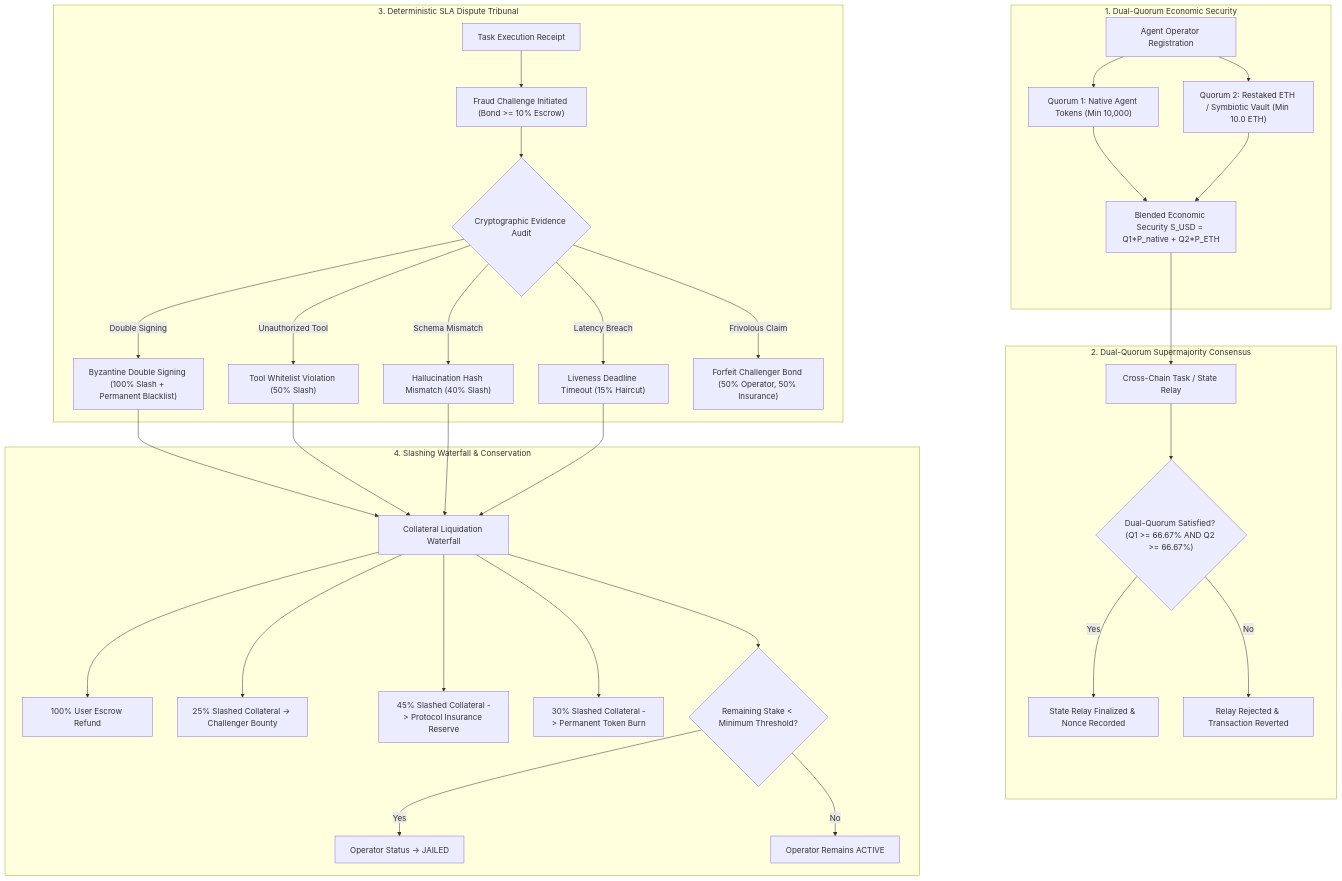
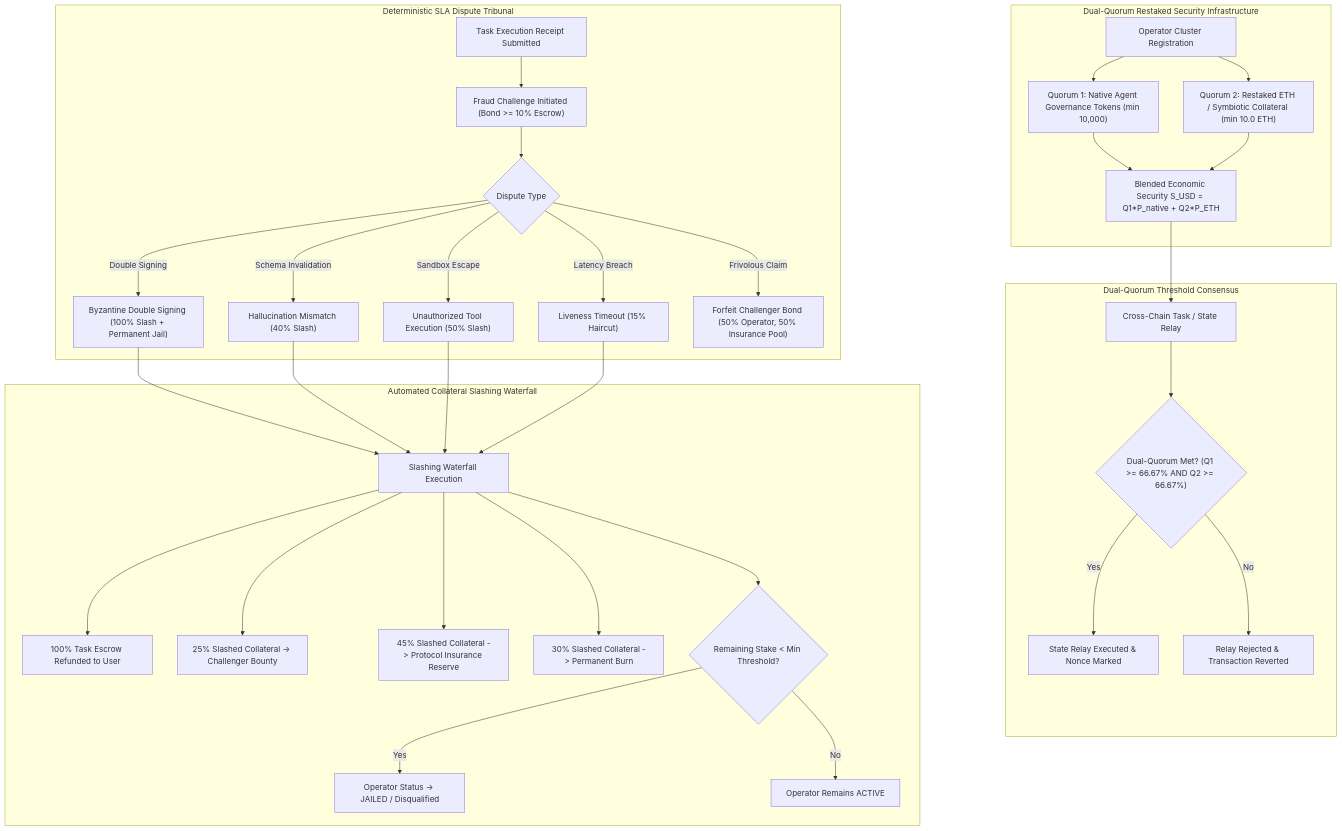
One commit to devsoniclk/agent-restaking-avs changed the diagram in README.md. Above: the diagram before and after it, drawn with Mermaid. The commit also changed other lines of this file and 11 other files, not shown here.

First line of the commit message:
feat(core): Expand verification suite, reference architecture, and documentation to v0.1.1

````diff
--- a/README.md
+++ b/README.md
@@ -27,40 +18,40 @@
 ```mermaid
 flowchart TD
-    subgraph StakingLayer ["1. Dual-Quorum Economic Security"]
-        A["Agent Operator Registration"] --> B["Quorum 1: Native Agent Tokens (Min 10,000)"]
-        A --> C["Quorum 2: Restaked ETH / Symbiotic Vault (Min 10.0 ETH)"]
+    subgraph StakingLayer ["Dual-Quorum Restaked Security Infrastructure"]
+        A["Operator Cluster Registration"] --> B["Quorum 1: Native Agent Governance Tokens (min 10,000)"]
+        A --> C["Quorum 2: Restaked ETH / Symbiotic Collateral (min 10.0 ETH)"]
         B --> D["Blended Economic Security S_USD = Q1*P_native + Q2*P_ETH"]
         C --> D
     end
 
-    subgraph ConsensusLayer ["2. Dual-Quorum Supermajority Consensus"]
+    subgraph ConsensusLayer ["Dual-Quorum Threshold Consensus"]
         D --> E["Cross-Chain Task / State Relay"]
-        E --> F{"Dual-Quorum Satisfied? (Q1 >= 66.67% AND Q2 >= 66.67%)"}
-        F -- Yes --> G["State Relay Finalized & Nonce Recorded"]
+        E --> F{"Dual-Quorum Met? (Q1 >= 66.67% AND Q2 >= 66.67%)"}
+        F -- Yes --> G["State Relay Executed & Nonce Marked"]
         F -- No --> H["Relay Rejected & Transaction Reverted"]
     end
 
-    subgraph ArbitrationLayer ["3. Deterministic SLA Dispute Tribunal"]
-        I["Task Execution Receipt"] --> J["Fraud Challenge Initiated (Bond >= 10% Escrow)"]
-        J --> K{"Cryptographic Evidence Audit"}
-        K -- Double Signing --> L["Byzantine Double Signing (100% Slash + Permanent Blacklist)"]
-        K -- Unauthorized Tool --> M["Tool Whitelist Violation (50% Slash)"]
-        K -- Schema Mismatch --> N["Hallucination Hash Mismatch (40% Slash)"]
-        K -- Latency Breach --> O["Liveness Deadline Timeout (15% Haircut)"]
-        K -- Frivolous Claim --> P["Forfeit Challenger Bond (50% Operator, 50% Insurance)"]
+    subgraph ArbitrationLayer ["Deterministic SLA Dispute Tribunal"]
+        I["Task Execution Receipt Submitted"] --> J["Fraud Challenge Initiated (Bond >= 10% Escrow)"]
+        J --> K{"Dispute Type"}
+        K -- Double Signing --> L["Byzantine Double Signing (100% Slash + Permanent Jail)"]
+        K -- Schema Invalidation --> M["Hallucination Mismatch (40% Slash)"]
+        K -- Sandbox Escape --> N["Unauthorized Tool Execution (50% Slash)"]
+        K -- Latency Breach --> O["Liveness Timeout (15% Haircut)"]
+        K -- Frivolous Claim --> P["Forfeit Challenger Bond (50% Operator, 50% Insurance Pool)"]
     end
 
-    subgraph WaterfallLayer ["4. Slashing Waterfall & Conservation"]
-        L --> Q["Collateral Liquidation Waterfall"]
+    subgraph WaterfallLayer ["Automated Collateral Slashing Waterfall"]
+        L --> Q["Slashing Waterfall Execution"]
         M --> Q
         N --> Q
         O --> Q
-        Q --> R["100% User Escrow Refund"]
+        Q --> R["100% Task Escrow Refunded to User"]
         Q --> S["25% Slashed Collateral -> Challenger Bounty"]
         Q --> T["45% Slashed Collateral -> Protocol Insurance Reserve"]
-        Q --> U["30% Slashed Collateral -> Permanent Token Burn"]
-        Q --> V{"Remaining Stake < Minimum Threshold?"}
-        V -- Yes --> W["Operator Status -> JAILED"]
+        Q --> U["30% Slashed Collateral -> Permanent Burn"]
+        Q --> V{"Remaining Stake < Min Threshold?"}
+        V -- Yes --> W["Operator Status -> JAILED / Disqualified"]
         V -- No --> X["Operator Remains ACTIVE"]
     end
 ```
````
